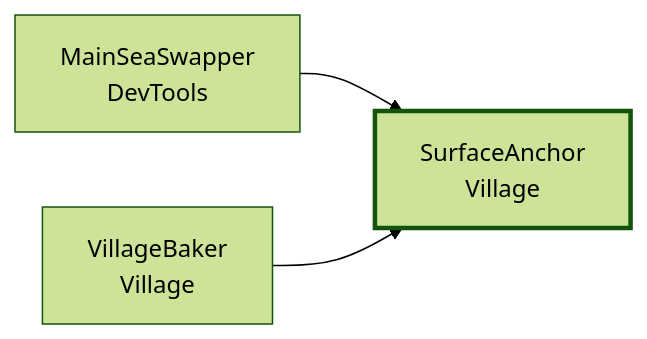
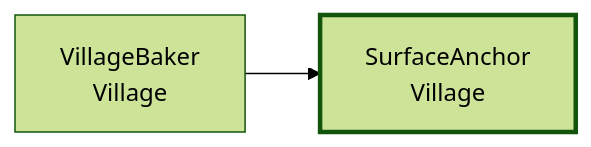
Before and after one commit to Fialuxe/MouthOfGod_System: the ninth of 10 diagrams in docs/api/Village.md, drawn with Mermaid (forest theme). The commit also changed other lines of this file and 28 other files, not shown here.

````diff
--- a/docs/api/Village.md
+++ b/docs/api/Village.md
@@ -549,7 +547,6 @@
 ```mermaid
 flowchart LR
   C_SurfaceAnchor["SurfaceAnchor<br/>Village"]:::me
-  U_MainSeaSwapper["MainSeaSwapper<br/>DevTools"] --> C_SurfaceAnchor
   U_VillageBaker["VillageBaker<br/>Village"] --> C_SurfaceAnchor
   classDef me stroke-width:3px
 ```
````
